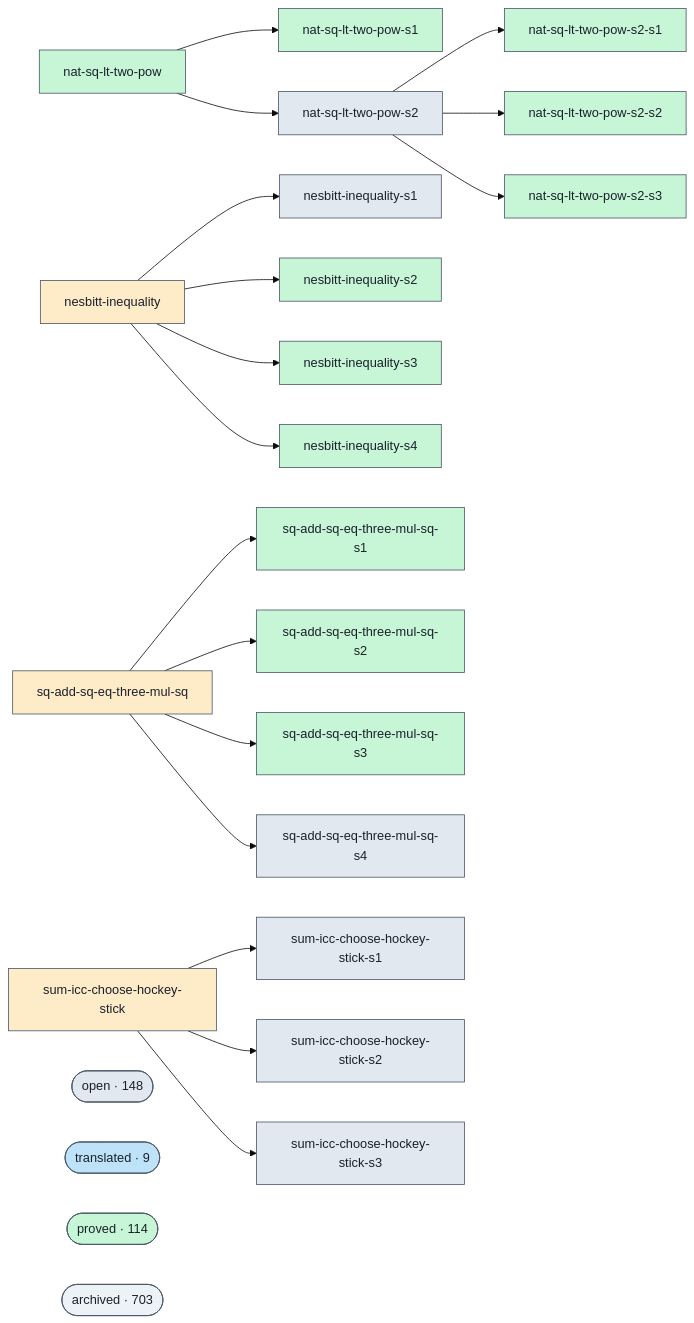
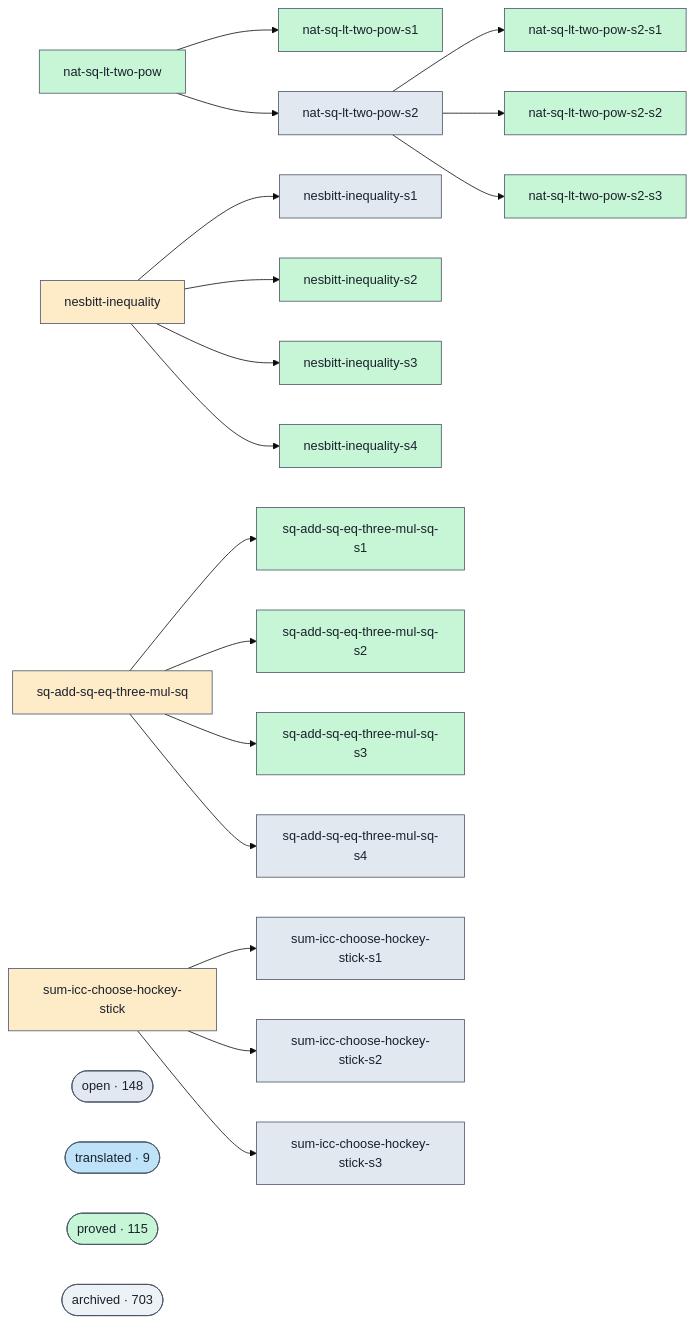
Before and after one commit to Rauxon/unsorry: the diagram in docs/proofs-contributors-visualisation.md, drawn with Mermaid (base theme). The commit also changed other lines of this file and 2 other files, not shown here.

```diff
--- a/docs/proofs-contributors-visualisation.md
+++ b/docs/proofs-contributors-visualisation.md
@@ -102,7 +102,7 @@
   class cluster_open open;
   cluster_translated(["translated · 9"])
   class cluster_translated translated;
-  cluster_proved(["proved · 114"])
+  cluster_proved(["proved · 115"])
   class cluster_proved proved;
   cluster_archived(["archived · 703"])
   class cluster_archived unknown;
```
